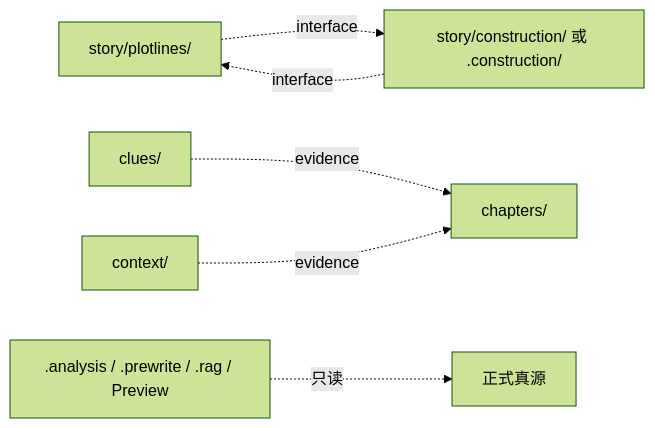
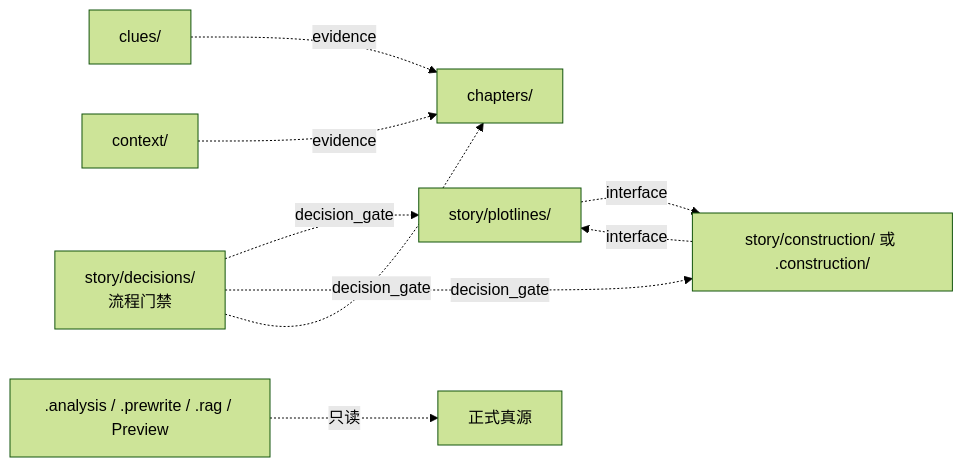
One commit to zevwings/story-stars changed the second of 3 diagrams in REFERENCES.md. Above: the diagram before and after it, drawn with Mermaid (forest theme). The commit also changed other lines of this file and 155 other files, not shown here.

````diff
--- a/REFERENCES.md
+++ b/REFERENCES.md
@@ -57,16 +57,20 @@
 ```mermaid
 flowchart LR
     Plotline["story/plotlines/"]
     Construction["story/construction/ 或 .construction/"]
     Chapter["chapters/"]
     Clue["clues/"]
     Context["context/"]
+    Decision["story/decisions/<br/>流程门禁"]
     Formal["正式真源"]
     Derived[".analysis / .prewrite / .rag / Preview"]
 
     Plotline -. "interface" .-> Construction
     Construction -. "interface" .-> Plotline
     Clue -. "evidence" .-> Chapter
     Context -. "evidence" .-> Chapter
+    Decision -. "decision_gate" .-> Plotline
+    Decision -. "decision_gate" .-> Construction
+    Decision -. "decision_gate" .-> Chapter
     Derived -. "只读" .-> Formal
 ```
````
